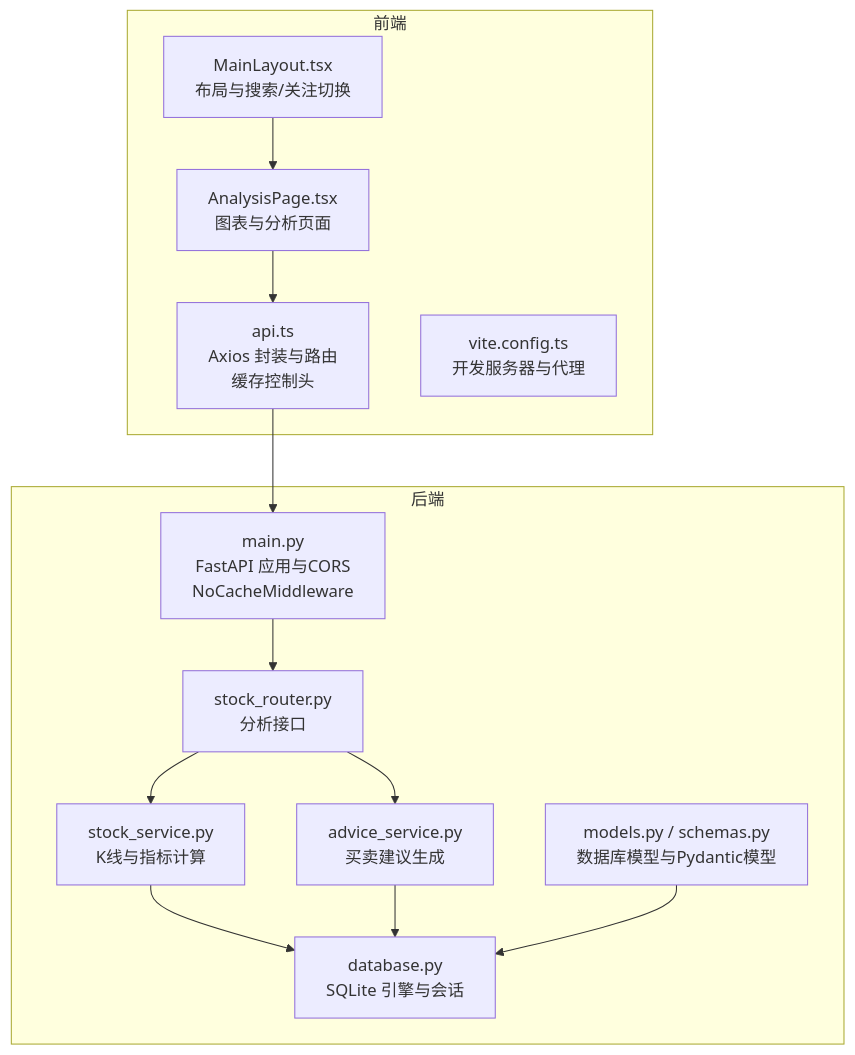
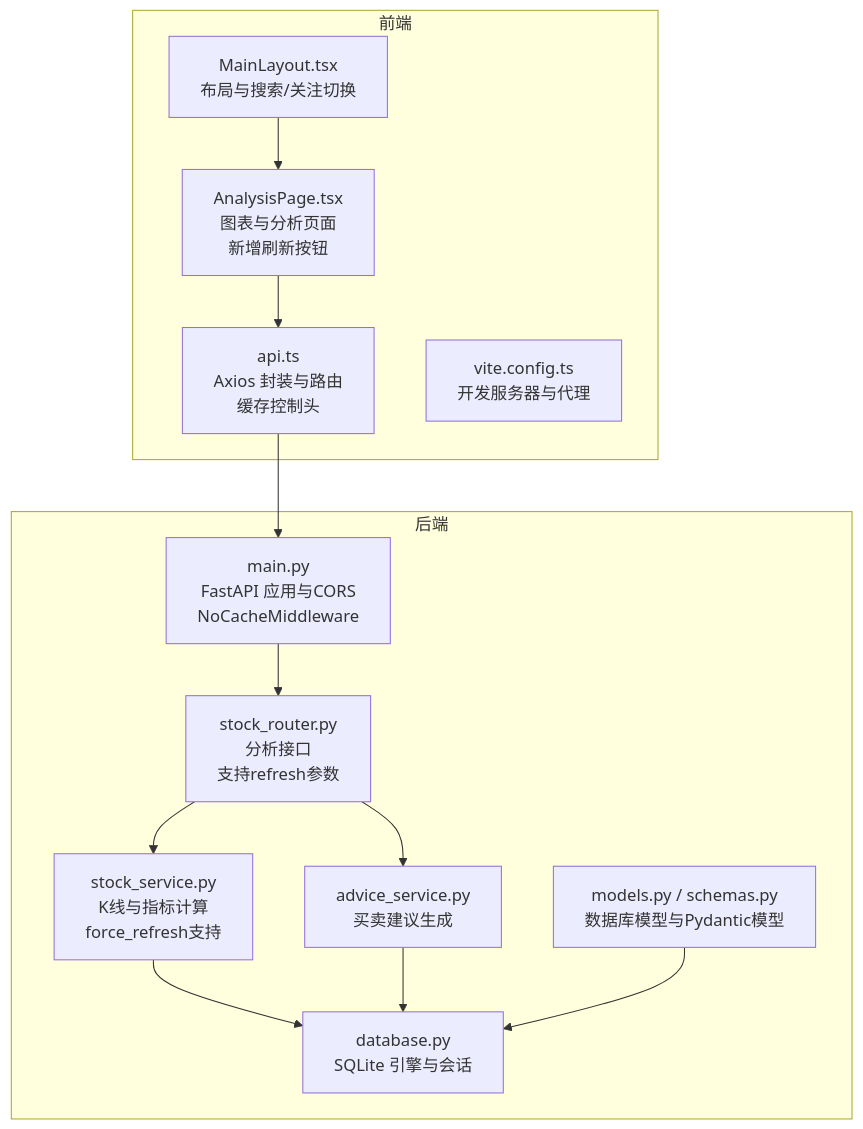
One commit to Moruime/stock_foker changed the first of 8 diagrams in .qoder/repowiki/zh/content/核心功能/技术面分析系统/图表展示集成.md. Above: the diagram before and after it, drawn with Mermaid. The commit also changed other lines of this file and 16 other files, not shown here.

````diff
--- a/.qoder/repowiki/zh/content/核心功能/技术面分析系统/图表展示集成.md
+++ b/.qoder/repowiki/zh/content/核心功能/技术面分析系统/图表展示集成.md
@@ -52,26 +54,26 @@
 ```mermaid
 graph TB
 subgraph "前端"
 A["MainLayout.tsx<br/>布局与搜索/关注切换"]
-B["AnalysisPage.tsx<br/>图表与分析页面"]
+B["AnalysisPage.tsx<br/>图表与分析页面<br/>新增刷新按钮"]
 C["api.ts<br/>Axios 封装与路由<br/>缓存控制头"]
 D["vite.config.ts<br/>开发服务器与代理"]
 end
 subgraph "后端"
 E["main.py<br/>FastAPI 应用与CORS<br/>NoCacheMiddleware"]
-F["stock_router.py<br/>分析接口"]
-G["stock_service.py<br/>K线与指标计算"]
+F["stock_router.py<br/>分析接口<br/>支持refresh参数"]
+G["stock_service.py<br/>K线与指标计算<br/>force_refresh支持"]
 H["advice_service.py<br/>买卖建议生成"]
 I["models.py / schemas.py<br/>数据库模型与Pydantic模型"]
 J["database.py<br/>SQLite 引擎与会话"]
 end
 A --> B
 B --> C
 C --> E
 E --> F
 F --> G
 F --> H
 G --> J
 H --> J
 I --> J
 ```
````
